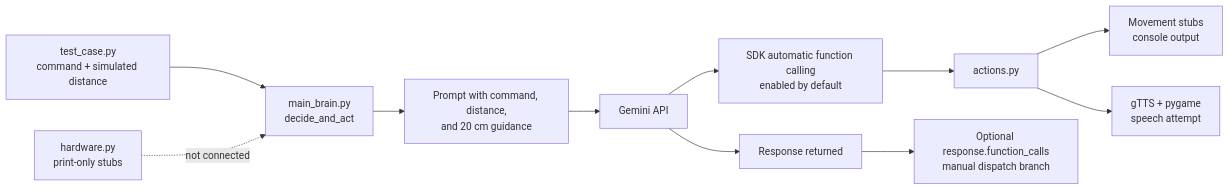
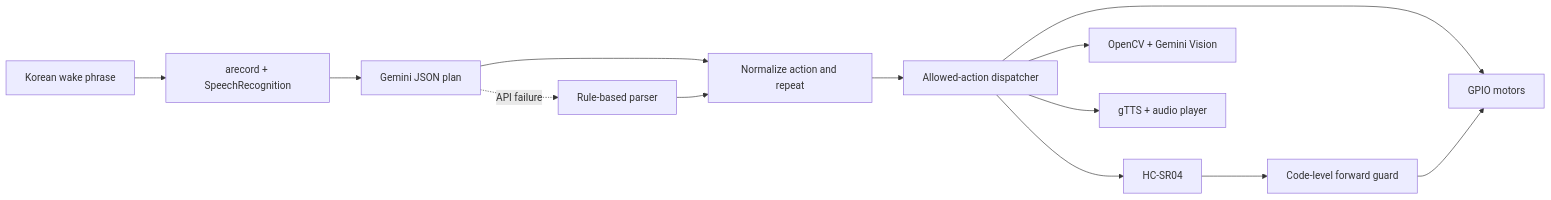
The diagram in README.en.md (cora1022/2026ESWContest_free_ABOUTCREATE), drawn with Mermaid before and after one commit. The commit also changed other lines of this file and 18 other files, not shown here.

````diff
--- a/README.en.md
+++ b/README.en.md
@@ -62,13 +44,15 @@
 ```mermaid
 flowchart LR
-    Test["test_case.py\ncommand + simulated distance"] --> Brain["main_brain.py\ndecide_and_act"]
-    Brain --> Prompt["Prompt with command, distance,\nand 20 cm guidance"]
-    Prompt --> Gemini["Gemini API"]
-    Gemini --> Auto["SDK automatic function calling\nenabled by default"]
-    Auto --> Actions["actions.py"]
-    Actions --> Move["Movement stubs\nconsole output"]
-    Actions --> Speech["gTTS + pygame\nspeech attempt"]
-    Gemini --> Response["Response returned"]
-    Response --> Manual["Optional response.function_calls\nmanual dispatch branch"]
-    Hardware["hardware.py\nprint-only stubs"] -. "not connected" .-> Brain
+    Wake["Korean wake phrase"] --> STT["arecord + SpeechRecognition"]
+    STT --> Planner["Gemini JSON plan"]
+    Planner --> Validate["Normalize action and repeat"]
+    Validate --> Dispatch["Allowed-action dispatcher"]
+    Dispatch --> Motor["GPIO motors"]
+    Dispatch --> Sensor["HC-SR04"]
+    Dispatch --> Vision["OpenCV + Gemini Vision"]
+    Dispatch --> Speech["gTTS + audio player"]
+    Sensor --> Guard["Code-level forward guard"]
+    Guard --> Motor
+    Planner -. "API failure" .-> Fallback["Rule-based parser"]
+    Fallback --> Validate
 ```
````
